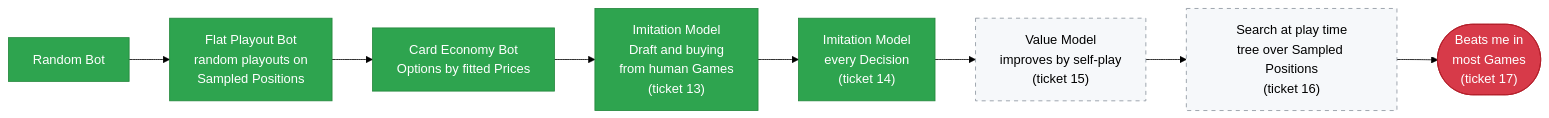
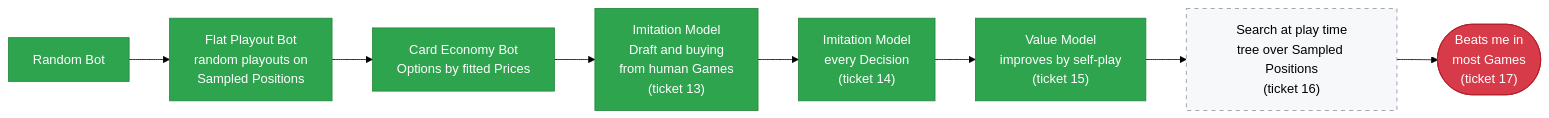
One commit to niels32167/tfm-with-bots changed the seventh of 7 diagrams in README.md. Above: the diagram before and after it, drawn with Mermaid (forest theme). The commit also changed other lines of this file and 8 other files, not shown here.

First line of the commit message:
Close ticket 15: the Value Bot beats the Imitation Bot in 57.0% of 400 Games

````diff
--- a/README.md
+++ b/README.md
@@ -381,13 +393,13 @@
 ```mermaid
 flowchart LR
     R["Random Bot"]:::done --> F["Flat Playout Bot<br/>random playouts on<br/>Sampled Positions"]:::done
     F --> C["Card Economy Bot<br/>Options by fitted Prices"]:::done
     C --> I["Imitation Model<br/>Draft and buying<br/>from human Games<br/>(ticket 13)"]:::done
     I --> I2["Imitation Model<br/>every Decision<br/>(ticket 14)"]:::done
-    I2 --> V["Value Model<br/>improves by self-play<br/>(ticket 15)"]:::todo
+    I2 --> V["Value Model<br/>improves by self-play<br/>(ticket 15)"]:::done
     V --> S["Search at play time<br/>tree over Sampled Positions<br/>(ticket 16)"]:::todo
     S --> H(["Beats me in<br/>most Games<br/>(ticket 17)"]):::goal
     classDef done fill:#2ea44f,color:#fff,stroke:#22863a
     classDef todo fill:#f6f8fa,stroke:#8b949e,stroke-dasharray: 5 5
     classDef goal fill:#d73a49,color:#fff,stroke:#b31d28
 ```
````
